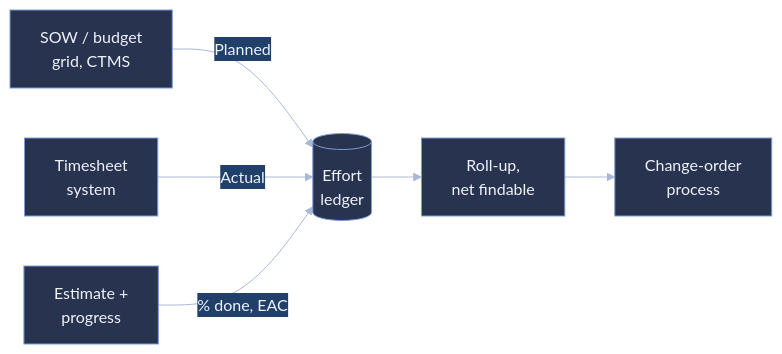
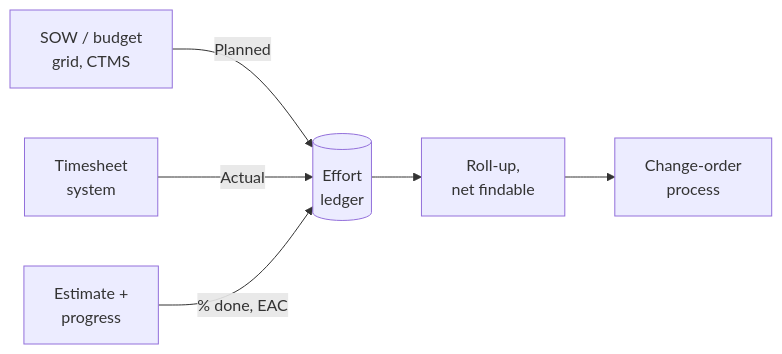
Before and after one commit to patrickiben/biometrics-ai-portfolio: the second of 2 diagrams in budget_reconciliation/quarto/hours-guide.qmd, drawn with Mermaid. The commit also changed other lines of this file and 26 other files, not shown here.

First line of the commit message:
Quarto pages: diagrams drawn again, figures in both themes, honest Shinylive links

````diff
--- a/budget_reconciliation/quarto/hours-guide.qmd
+++ b/budget_reconciliation/quarto/hours-guide.qmd
@@ -85,11 +84,10 @@
 ```{mermaid}
-%%{init: {'theme':'base','themeVariables':{'primaryColor':'#28344f','primaryTextColor':'#eef2fb','primaryBorderColor':'#7d9bd6','lineColor':'#aab8d6','tertiaryColor':'#20406a','tertiaryTextColor':'#eef2fb','tertiaryBorderColor':'#7d9bd6','secondaryColor':'#20406a','secondaryTextColor':'#eef2fb'}}}%%
 flowchart LR
   accTitle: Where the ledger data come from
   accDescr: Planned hours from the SOW and budget grid, actual hours from the timesheet system, and percent done and EAC from estimates feed the effort ledger, which rolls up to net findable hours and the change-order process.
   SOW["SOW / budget<br/>grid, CTMS"] -->|Planned| LEDG[("Effort<br/>ledger")]
   TS["Timesheet<br/>system"] -->|Actual| LEDG
   EST["Estimate +<br/>progress"] -->|"% done, EAC"| LEDG
   LEDG --> ROLL["Roll-up,<br/>net findable"]
   ROLL --> CO["Change-order<br/>process"]
 ```
````
